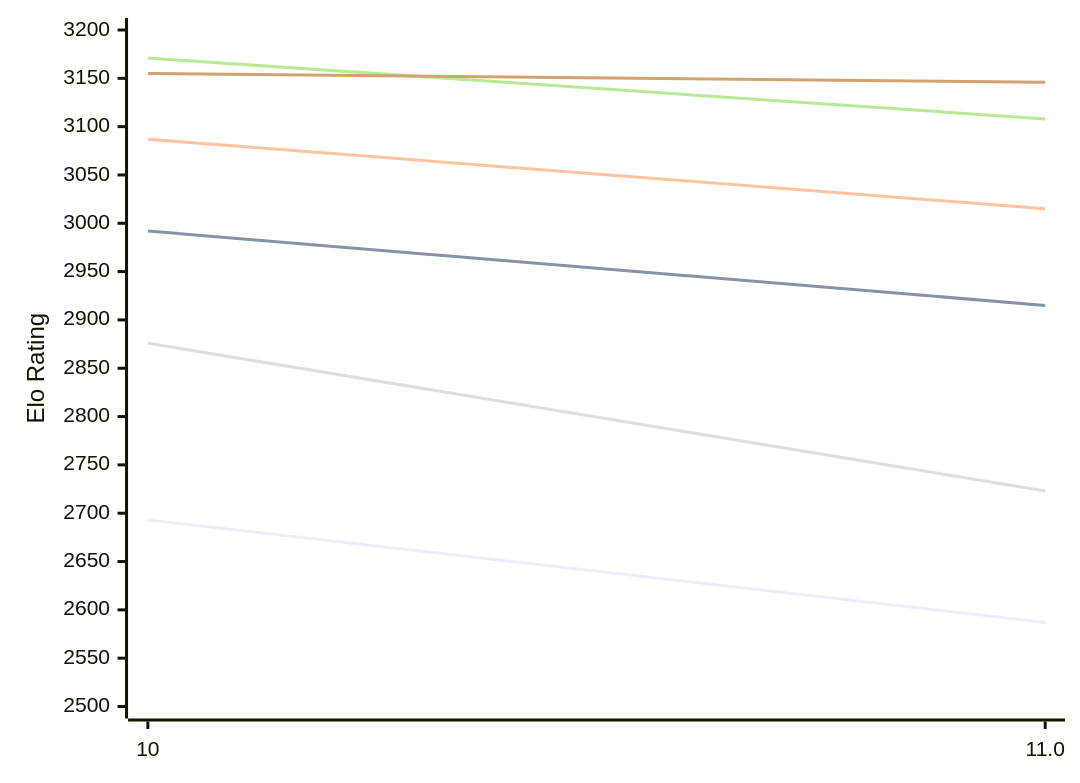
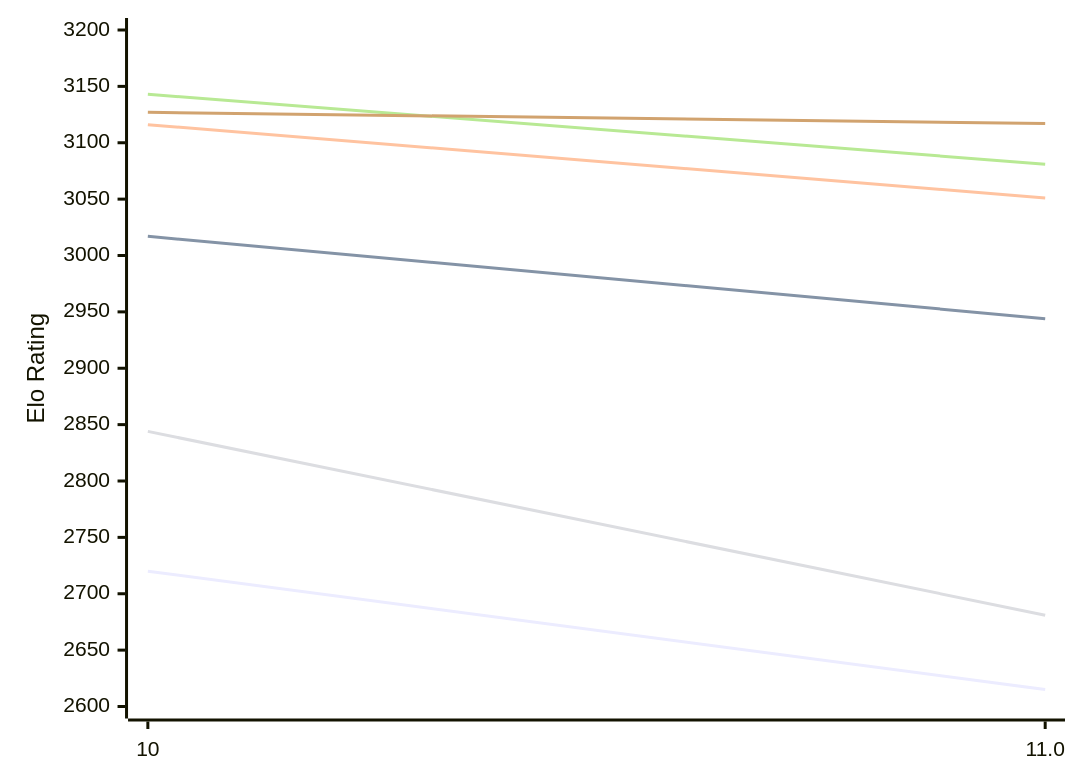
One commit to computer-chess-index/cci changed the first of 2 diagrams in engines/Lozza.md. Above: the diagram before and after it, drawn with Mermaid. The commit also changed other lines of this file, not shown here.

Commit message:
Update CCI Ratings (ELO VLTC) - 2026-10-19

````diff
--- a/engines/Lozza.md
+++ b/engines/Lozza.md
@@ -51,12 +51,12 @@
 ```mermaid
 %%{init: {"theme":"base","themeVariables":{"seriesColors:['#a3a3a3','#222221','#faa371']}}}%%
 xychart-beta
   x-axis ["10", "11.0"]
-  y-axis "Elo Rating" 2500 --> 3200
-  line "E1: STC (8.0+0.08s)" [2693, 2587]
-  line "E1: LTC (60.0+0.60s)" [2992, 2915]
-  line "E1: VLTC (2m24s+1.12s)" [3087, 3015]
-  line "P1: STC (8.0+0.08s)" [2876, 2723]
-  line "P1: LTC (60.0+0.60s)" [3171, 3108]
-  line "P1: VLTC (2m24s+1.12s)" [3155, 3146]
+  y-axis "Elo Rating" 2600 --> 3200
+  line "E1: STC (8.0+0.08s)" [2720, 2615]
+  line "E1: LTC (60.0+0.60s)" [3017, 2944]
+  line "E1: VLTC (2m24s+1.12s)" [3116, 3051]
+  line "P1: STC (8.0+0.08s)" [2844, 2681]
+  line "P1: LTC (60.0+0.60s)" [3143, 3081]
+  line "P1: VLTC (2m24s+1.12s)" [3127, 3117]
 ```
````
